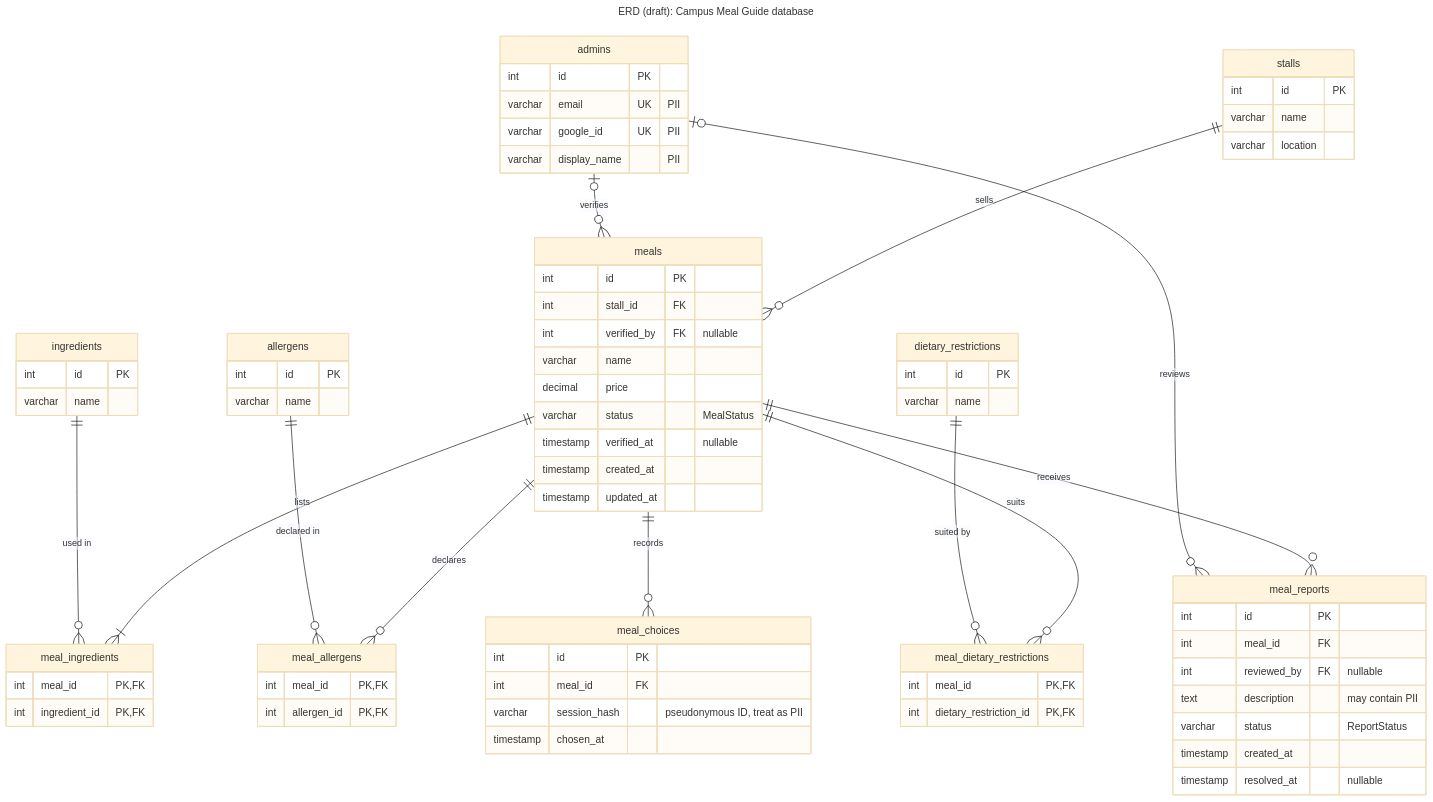
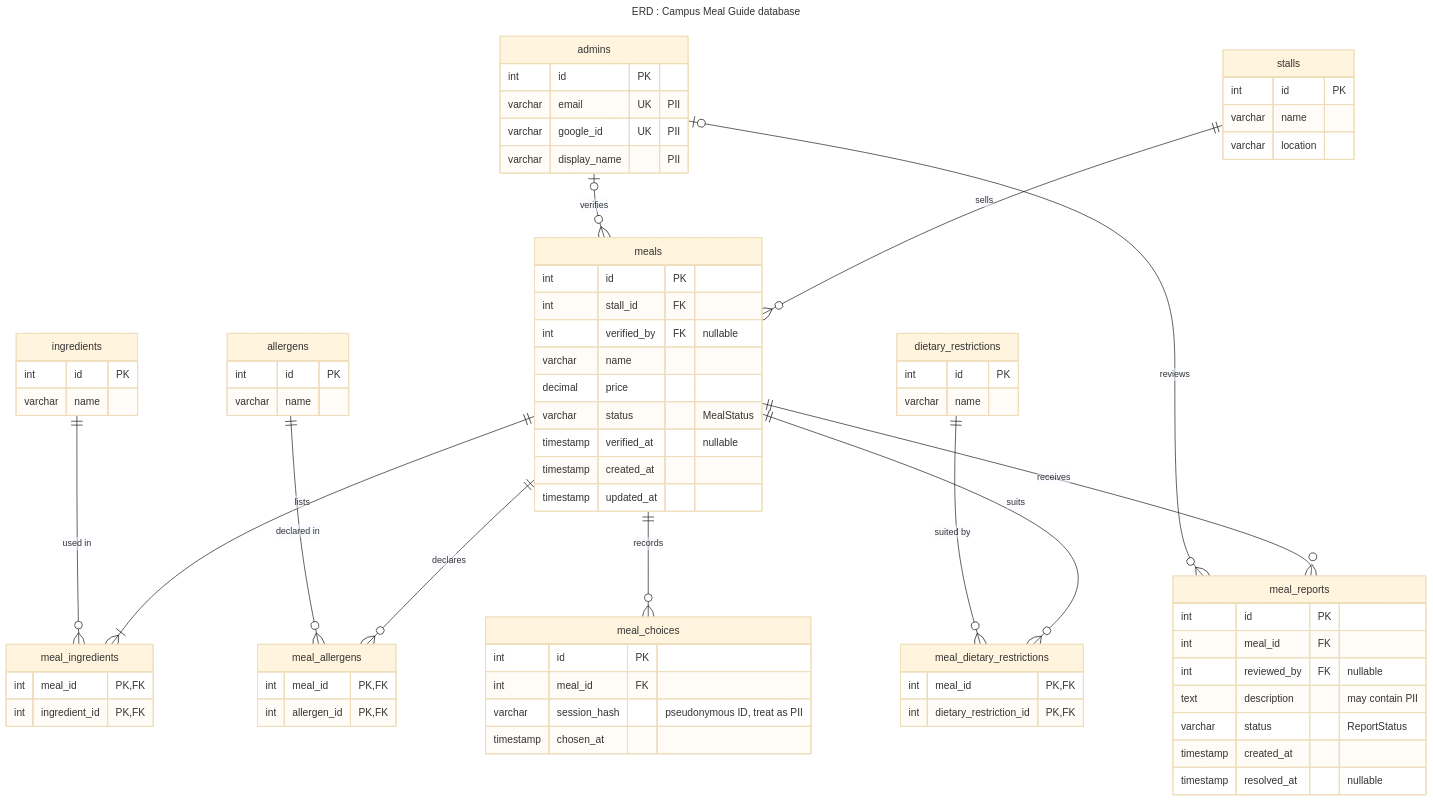
One commit to edoygobole29-ops/Team-Doy changed the diagram in architecture/Team-Doy/erd.md. Above: the diagram before and after it, drawn with Mermaid (base theme). The commit also changed other lines of this file, not shown here.

````diff
--- a/architecture/Team-Doy/erd.md
+++ b/architecture/Team-Doy/erd.md
@@ -5,79 +4,79 @@
 ```mermaid
 ---
-title: "ERD (draft): Campus Meal Guide database"
+title: "ERD : Campus Meal Guide database"
 ---
 erDiagram
     stalls {
         int id PK
         varchar name
         varchar location
     }
     meals {
         int id PK
         int stall_id FK
         int verified_by FK "nullable"
         varchar name
         decimal price
         varchar status "MealStatus"
         timestamp verified_at "nullable"
         timestamp created_at
         timestamp updated_at
     }
     ingredients {
         int id PK
         varchar name
     }
     allergens {
         int id PK
         varchar name
     }
     dietary_restrictions {
         int id PK
         varchar name
     }
     meal_ingredients {
         int meal_id PK, FK
         int ingredient_id PK, FK
     }
     meal_allergens {
         int meal_id PK, FK
         int allergen_id PK, FK
     }
     meal_dietary_restrictions {
         int meal_id PK, FK
         int dietary_restriction_id PK, FK
     }
     admins {
         int id PK
         varchar email UK "PII"
         varchar google_id UK "PII"
         varchar display_name "PII"
     }
     meal_reports {
         int id PK
         int meal_id FK
         int reviewed_by FK "nullable"
         text description "may contain PII"
         varchar status "ReportStatus"
         timestamp created_at
         timestamp resolved_at "nullable"
     }
     meal_choices {
         int id PK
         int meal_id FK
         varchar session_hash "pseudonymous ID, treat as PII"
         timestamp chosen_at
     }
 
     stalls ||--o{ meals : sells
     admins |o--o{ meals : verifies
     meals ||--|{ meal_ingredients : lists
     ingredients ||--o{ meal_ingredients : "used in"
     meals ||--o{ meal_allergens : declares
     allergens ||--o{ meal_allergens : "declared in"
     meals ||--o{ meal_dietary_restrictions : suits
     dietary_restrictions ||--o{ meal_dietary_restrictions : "suited by"
     meals ||--o{ meal_reports : receives
     admins |o--o{ meal_reports : reviews
     meals ||--o{ meal_choices : records
 ```
````
